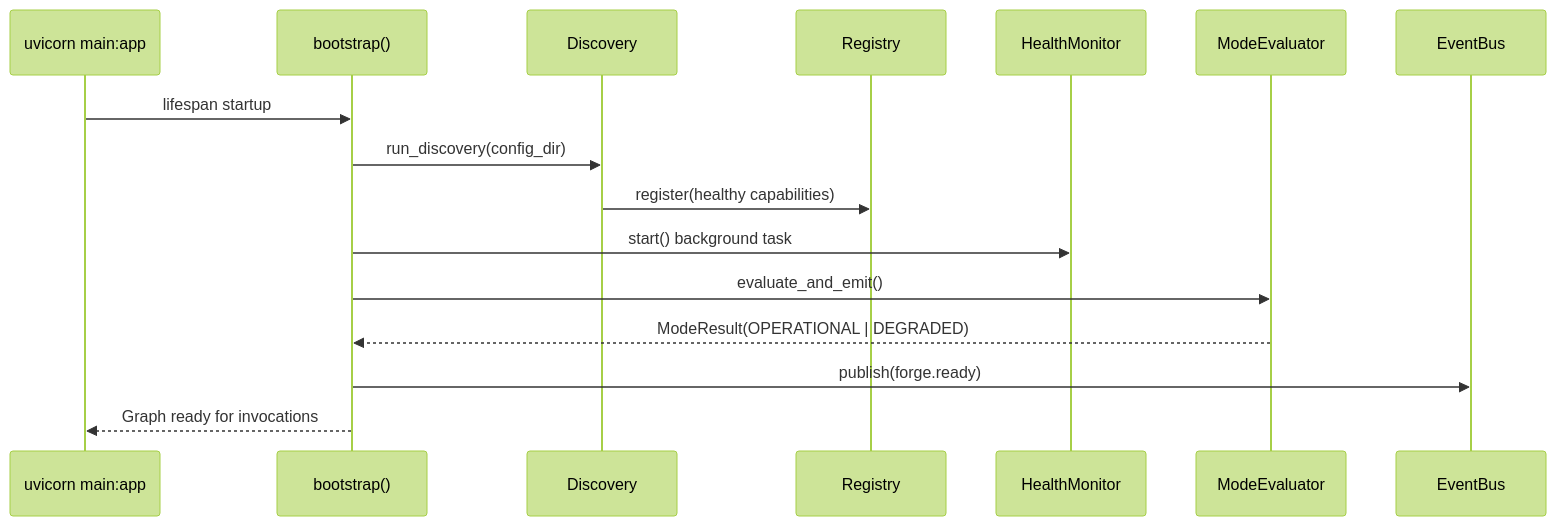
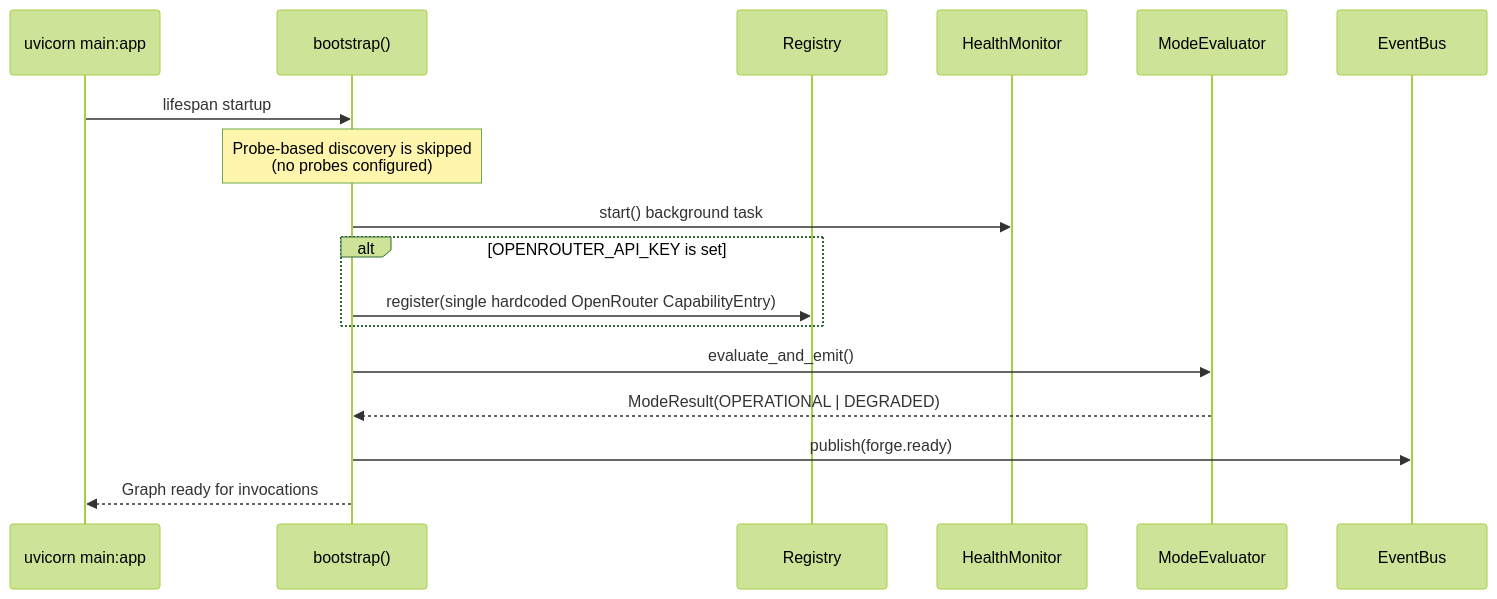
One commit to 4reeb-5yed/forge changed the second of 2 diagrams in docs/04-WORKFLOW.md. Above: the diagram before and after it, drawn with Mermaid (forest theme). The commit also changed other lines of this file and 12 other files, not shown here.

````diff
--- a/docs/04-WORKFLOW.md
+++ b/docs/04-WORKFLOW.md
@@ -158,19 +163,20 @@
 ```mermaid
 sequenceDiagram
     participant Main as uvicorn main:app
     participant Boot as bootstrap()
-    participant Disc as Discovery
     participant Reg as Registry
     participant HM as HealthMonitor
     participant ME as ModeEvaluator
     participant EB as EventBus
 
     Main->>Boot: lifespan startup
-    Boot->>Disc: run_discovery(config_dir)
-    Disc->>Reg: register(healthy capabilities)
+    Note over Boot: Probe-based discovery is skipped<br/>(no probes configured)
     Boot->>HM: start() background task
+    alt OPENROUTER_API_KEY is set
+        Boot->>Reg: register(single hardcoded OpenRouter CapabilityEntry)
+    end
     Boot->>ME: evaluate_and_emit()
     ME-->>Boot: ModeResult(OPERATIONAL | DEGRADED)
     Boot->>EB: publish(forge.ready)
     Boot-->>Main: Graph ready for invocations
 ```
````
